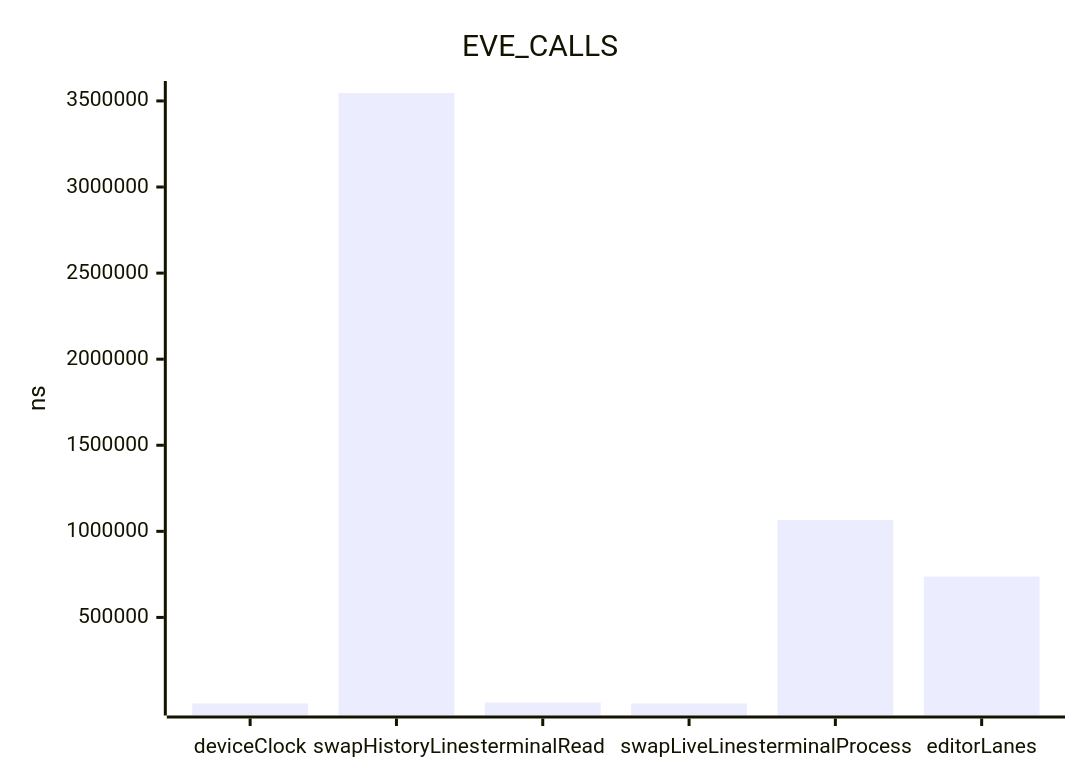
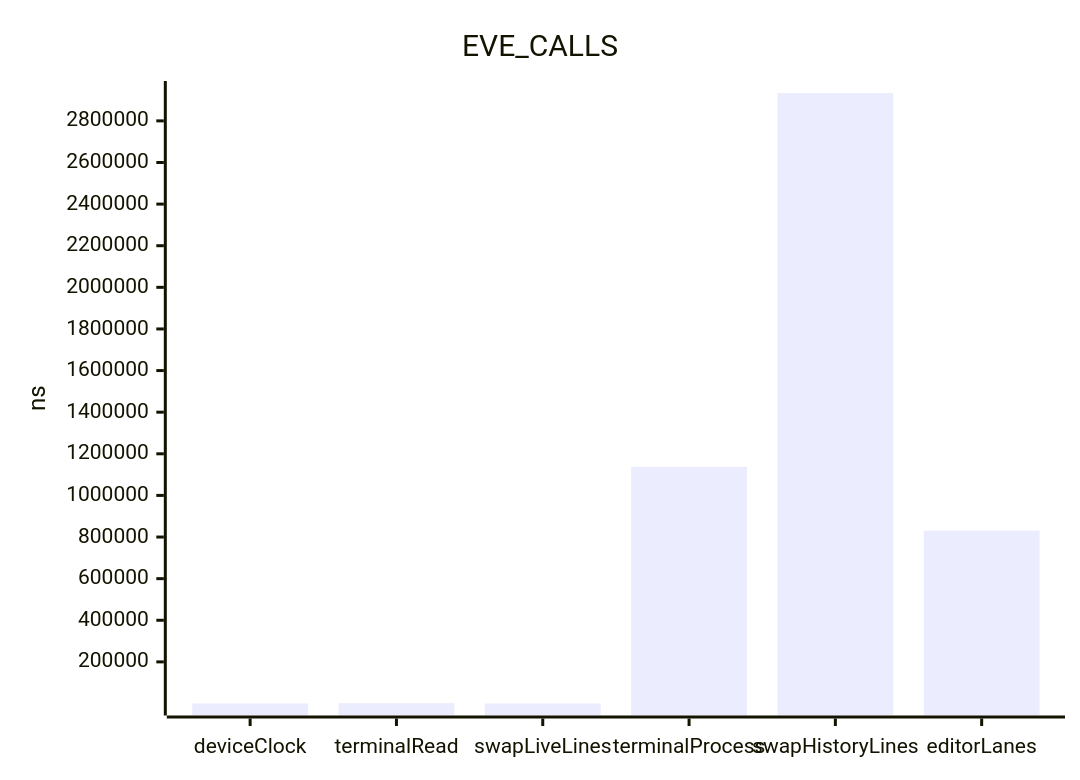
The third of 9 diagrams in benchmark/replay-report.md (jrengmusic/eve), drawn with Mermaid before and after one commit. The commit also changed other lines of this file and 28 other files, not shown here.

````diff
--- a/benchmark/replay-report.md
+++ b/benchmark/replay-report.md
@@ -1268,7 +1279,7 @@
 ```mermaid
 xychart-beta
 title "EVE_CALLS"
-x-axis ["deviceClock", "swapHistoryLines", "terminalRead", "swapLiveLines", "terminalProcess", "editorLanes"]
+x-axis ["deviceClock", "terminalRead", "swapLiveLines", "terminalProcess", "swapHistoryLines", "editorLanes"]
 y-axis "ns"
-bar [1.00542990111280273, 3546126.32463722210377455, 5517.07355641014601133, 1.00542990111280273, 1065749.90793606755323708, 737450.91464738396462053]
+bar [1.00542990111280273, 1750.36186941487403601, 1.00542990111280273, 1137304.78377618291415274, 2933916.03554419148713350, 830754.39801269944291562]
 ```
````
